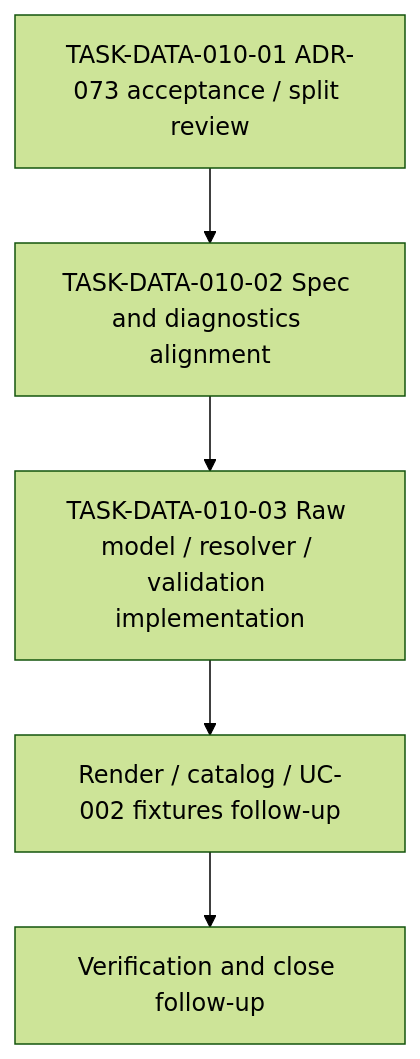
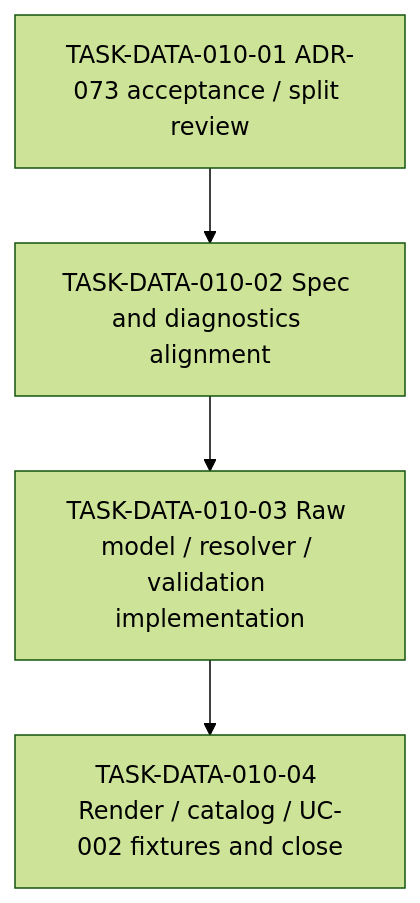
One commit to hiroshiasayadev-prog/brewprint changed the diagram in docs/work-items/data/WORK-DATA-010-tagged-union-and-discriminator-payload-support.md. Above: the diagram before and after it, drawn with Mermaid (forest theme). The commit also changed other lines of this file and 13 other files, not shown here.

Commit message:
feat(data): complete tagged union render and fixtures

````diff
--- a/docs/work-items/data/WORK-DATA-010-tagged-union-and-discriminator-payload-support.md
+++ b/docs/work-items/data/WORK-DATA-010-tagged-union-and-discriminator-payload-support.md
@@ -67,9 +73,8 @@
 ```mermaid
 flowchart TD
   T1["TASK-DATA-010-01 ADR-073 acceptance / split review"]
   T2["TASK-DATA-010-02 Spec and diagnostics alignment"]
   T3["TASK-DATA-010-03 Raw model / resolver / validation implementation"]
-  T4["Render / catalog / UC-002 fixtures follow-up"]
-  T5["Verification and close follow-up"]
-  T1 --> T2 --> T3 --> T4 --> T5
+  T4["TASK-DATA-010-04 Render / catalog / UC-002 fixtures and close"]
+  T1 --> T2 --> T3 --> T4
 ```
````
